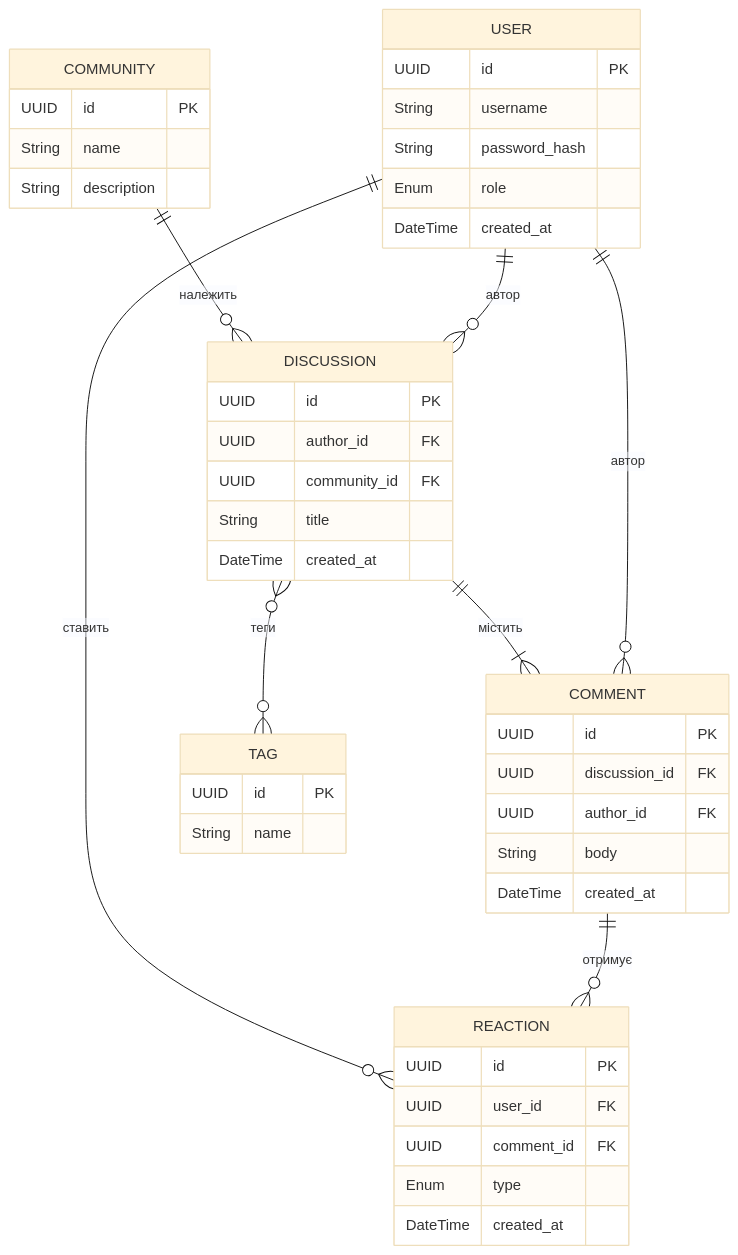
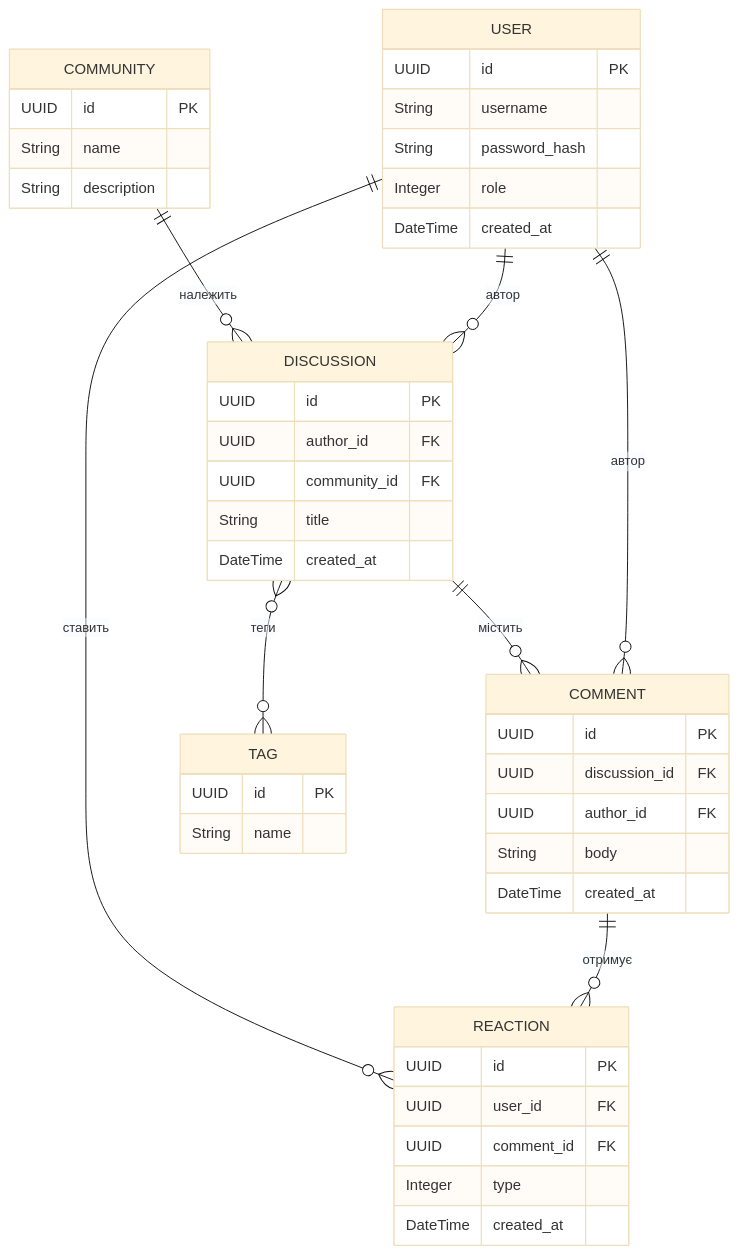
The diagram in model.mmd (tevarindol/forum), drawn with Mermaid (base theme) before and after one commit. The commit also changed 1 other file, not shown here.

```diff
--- a/model.mmd
+++ b/model.mmd
@@ -1,48 +1,46 @@
 erDiagram
     USER {
         UUID id PK
         String username
         String password_hash
-        Enum role
-        %% role: member | moderator | admin
+        Integer role
         DateTime created_at
     }
     COMMUNITY {
         UUID id PK
         String name
         String description
     }
     DISCUSSION {
         UUID id PK
         UUID author_id FK
         UUID community_id FK
         String title
         DateTime created_at
     }
     COMMENT {
         UUID id PK
         UUID discussion_id FK
         UUID author_id FK
         String body
         DateTime created_at
     }
     TAG {
         UUID id PK
         String name
     }
     REACTION {
         UUID id PK
         UUID user_id FK
         UUID comment_id FK
-        Enum type
-        %% type: like | helpful | insightful
+        Integer type
         DateTime created_at
     }
 
     COMMUNITY ||--o{ DISCUSSION : "належить"
     USER ||--o{ DISCUSSION : "автор"
-    DISCUSSION ||--|{ COMMENT : "містить"
+    DISCUSSION ||--o{ COMMENT : "містить"
     USER ||--o{ COMMENT : "автор"
     DISCUSSION }o--o{ TAG : "теги"
     USER ||--o{ REACTION : "ставить"
     COMMENT ||--o{ REACTION : "отримує"
```
